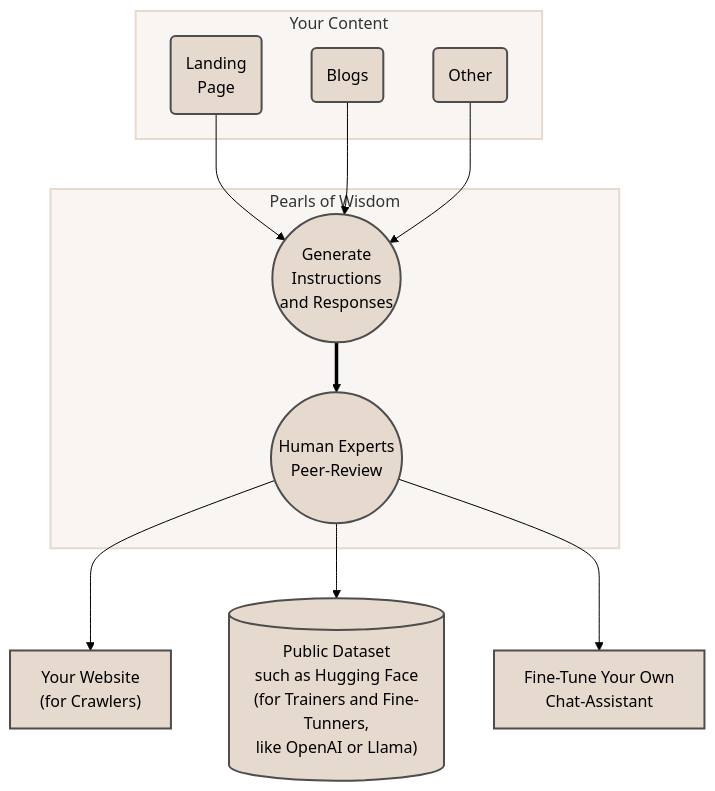
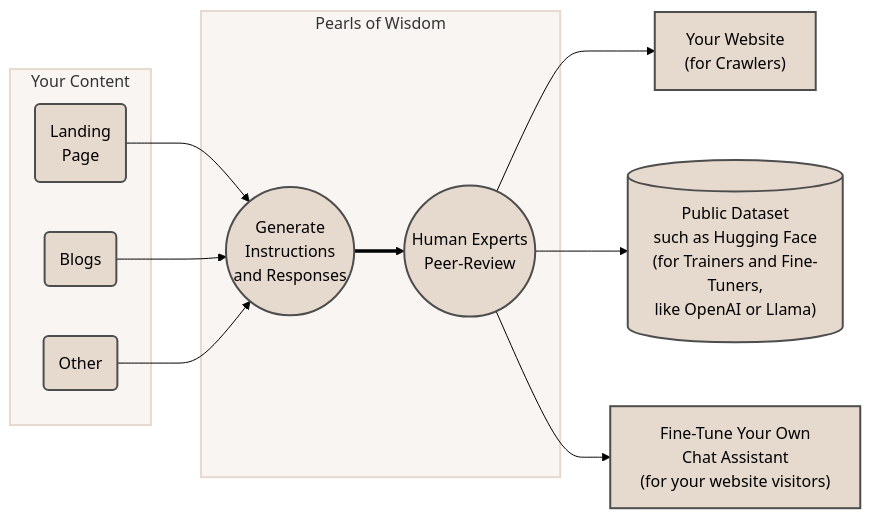
One commit to kirilligum/prls.co changed the diagram in diagrams/userflow.mmd. Above: the diagram before and after it, drawn with Mermaid (forest theme). The commit also changed 1 other file, not shown here.

```diff
--- a/diagrams/userflow.mmd
+++ b/diagrams/userflow.mmd
@@ -1,30 +1,30 @@
-graph TD
+graph LR
   style yc fill:#f8f5f2,stroke:#e6d9ce,stroke-width:2px
   style pow fill:#f8f5f2,stroke:#e6d9ce,stroke-width:2px
   style lp fill:#e6d9ce,stroke:#4d4d4d,stroke-width:2px
   style b fill:#e6d9ce,stroke:#4d4d4d,stroke-width:2px
   style other fill:#e6d9ce,stroke:#4d4d4d,stroke-width:2px
   style g fill:#e6d9ce,stroke:#4d4d4d,stroke-width:2px
   style h fill:#e6d9ce,stroke:#4d4d4d,stroke-width:2px
   style page fill:#e6d9ce,stroke:#4d4d4d,stroke-width:2px
   style pubhf fill:#e6d9ce,stroke:#4d4d4d,stroke-width:2px
   style cllm fill:#e6d9ce,stroke:#4d4d4d,stroke-width:2px
 subgraph yc[Your Content]
   lp("Landing<br/>Page")
   b(Blogs)
   other(Other)
 end
 subgraph pow[Pearls of Wisdom]
   g(("Generate<br/>Instructions<br/>and Responses"))
   h(("Human Experts<br/>Peer-Review"))
 end
 page["Your Website<br/>(for Crawlers)"]
-pubhf[("Public Dataset<br/>such as Hugging Face<br/>(for Trainers and Fine-Tunners,<br/>like OpenAI or Llama)")]
-cllm["Fine-Tune Your Own<br/>Chat-Assistant"]
+pubhf[("Public Dataset<br/>such as Hugging Face<br/>(for Trainers and Fine-Tuners,<br/>like OpenAI or Llama)")]
+cllm["Fine-Tune Your Own<br/>Chat Assistant<br/>(for your website visitors)"]
 lp-->g
 b-->g
 other-->g
 g==>h
 h-->page
 h-->pubhf
 h-->cllm
```
